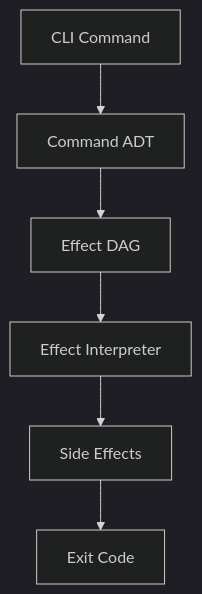
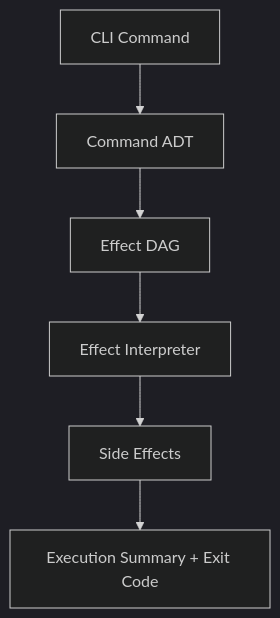
Before and after one commit to Tuee22/prodbox: the diagram in documents/engineering/effectful_dag_architecture.md, drawn with Mermaid (dark theme). The commit also changed other lines of this file and 44 other files, not shown here.

````diff
--- a/documents/engineering/effectful_dag_architecture.md
+++ b/documents/engineering/effectful_dag_architecture.md
@@ -24,8 +24,8 @@
 ```mermaid
 flowchart TB
     CLI[CLI Command] --> ADT[Command ADT]
     ADT --> DAG[Effect DAG]
     DAG --> Interpreter[Effect Interpreter]
     Interpreter --> Effects[Side Effects]
-    Effects --> Result[Exit Code]
+    Effects --> Result[Execution Summary + Exit Code]
 ```
````
